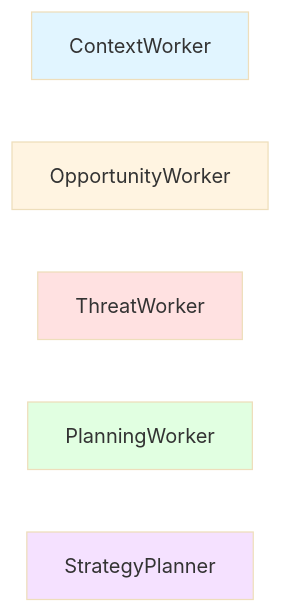
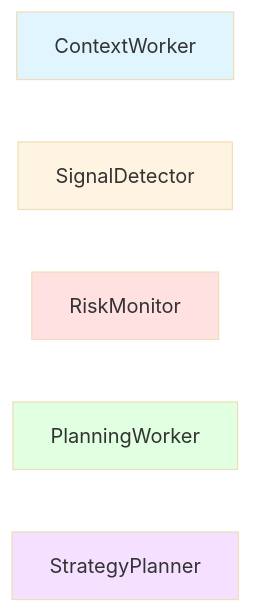
One commit to MikeyVK/S1mpleTraderV3 changed the second of 3 diagrams in docs/development/CONFIG_SCHEMA_ARCHITECTURE.md. Above: the diagram before and after it, drawn with Mermaid (base theme). The commit also changed other lines of this file and 13 other files, not shown here.

````diff
--- a/docs/development/CONFIG_SCHEMA_ARCHITECTURE.md
+++ b/docs/development/CONFIG_SCHEMA_ARCHITECTURE.md
@@ -96,14 +96,14 @@
 ```mermaid
 graph LR
     CW[ContextWorker]
-    OW[OpportunityWorker]
-    TW[ThreatWorker]
+    OW[SignalDetector]
+    TW[RiskMonitor]
     PW[PlanningWorker]
     SP[StrategyPlanner]
     
     style CW fill:#e1f5ff
     style OW fill:#fff4e1
     style TW fill:#ffe1e1
     style PW fill:#e1ffe1
     style SP fill:#f5e1ff
 ```
````
